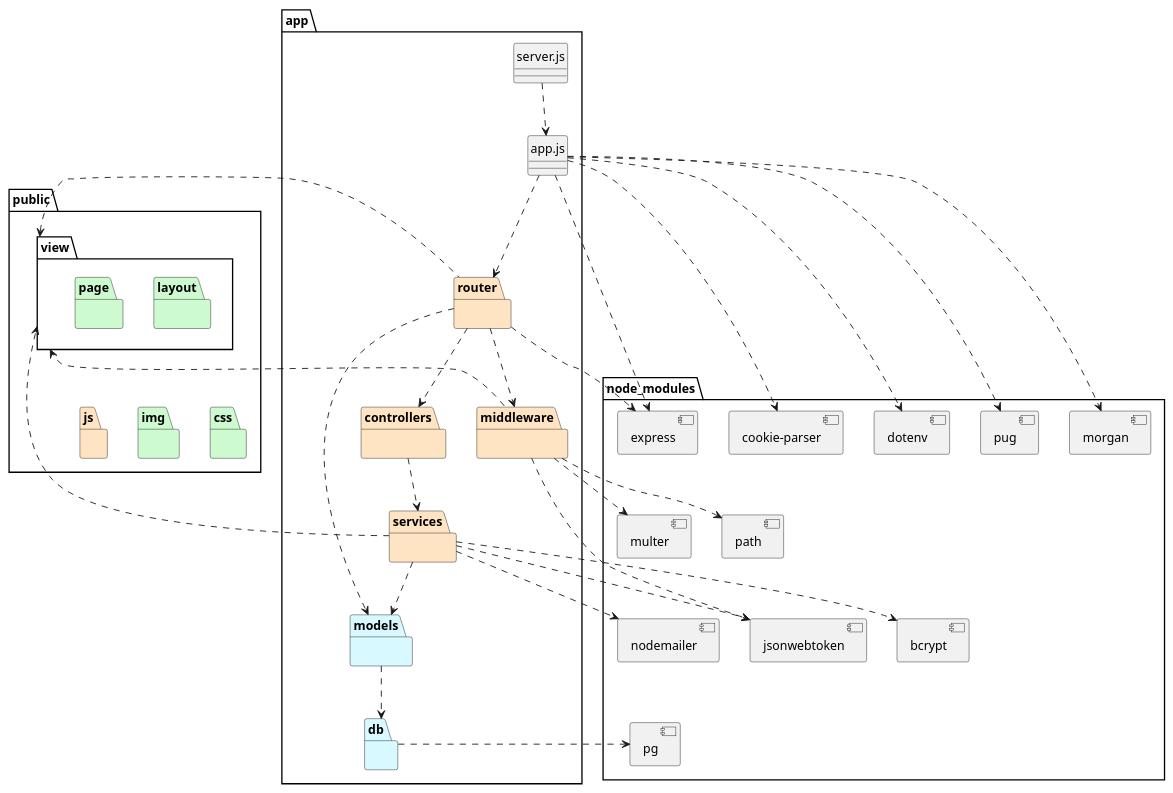
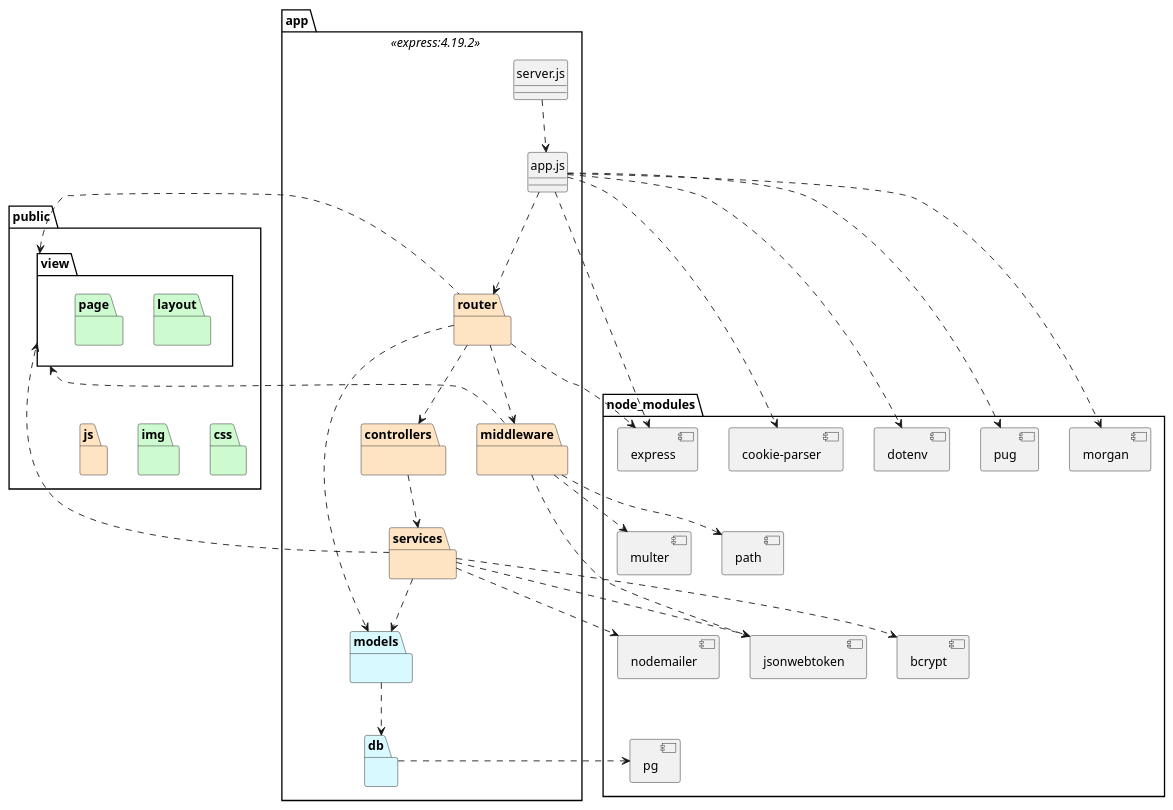
The diagram in logicalView/designView/express/packageDesign/designPackageDiagram.plantuml (mpaulaherrero/tesis-frameworks-backend-diagrams), drawn with PlantUML before and after one commit. The commit also changed 2 other files, not shown here.

Commit message:
version de express

```diff
--- a/logicalView/designView/express/packageDesign/designPackageDiagram.plantuml
+++ b/logicalView/designView/express/packageDesign/designPackageDiagram.plantuml
@@ -1,90 +1,90 @@
 @startuml
 skinparam style strictuml
 allow_mixing
 
-package app {
+package app <<express:4.19.2>>{
     class "server.js" as serverJS
     class "app.js" as appJS
     package router #bisque {}
     package middleware #bisque {}
     package controllers #bisque {}
     package models #d8f9ff {}
     package services #bisque {}
     package db #d8f9ff {}
 }
 
-package public{
+package public {
     package css #cefad0 {}
     package img #cefad0 {}
     package js #bisque {}
     package view{
         package layout #cefad0 {}
         package page #cefad0 {}
     }
 }
 
 package node_modules{
     component express
     component multer
     component path
     component nodemailer
     component jsonwebtoken
     component bcrypt
     component morgan
     component [cookie-parser] as cookieParser
     component pg
     component dotenv
     component pug
 }
 
 serverJS .d.> appJS
 
 appJS .d.> router
 appJS .[hidden].> db
 appJS ..> morgan
 appJS ..> cookieParser
 appJS ..> express
 appJS ..> dotenv
 appJS ..> pug
 appJS .[hidden]left.> public.view
 
 router .left.> public.view
 router ..> express
 router ..> middleware
 router ..> controllers
 router ..> models
 
 middleware ..> multer
 middleware ..> path
 middleware ..> jsonwebtoken
 middleware .left.> public.view
 
 controllers ..> services
 
 services ..> models
 services ..> nodemailer
 services ..> jsonwebtoken
 services ..> bcrypt
 services ..> view
 
 models ..> db
 db .right.> pg
 
 view .[hidden]down.> css
 css .[hidden]left.> img
 img .[hidden]left.> js
 
 express .[hidden]left.> morgan
 morgan .[hidden]left.> cookieParser
 cookieParser .[hidden]left.> dotenv
 dotenv .[hidden]left.> pug
 
 express .[hidden]down.> path
 multer .[hidden]left.> path
 
 multer .[hidden]down.> bcrypt
 bcrypt .[hidden]left.> nodemailer
 nodemailer .[hidden]left.> jsonwebtoken
 
 nodemailer .[hidden]down.> pg
 @enduml
```
